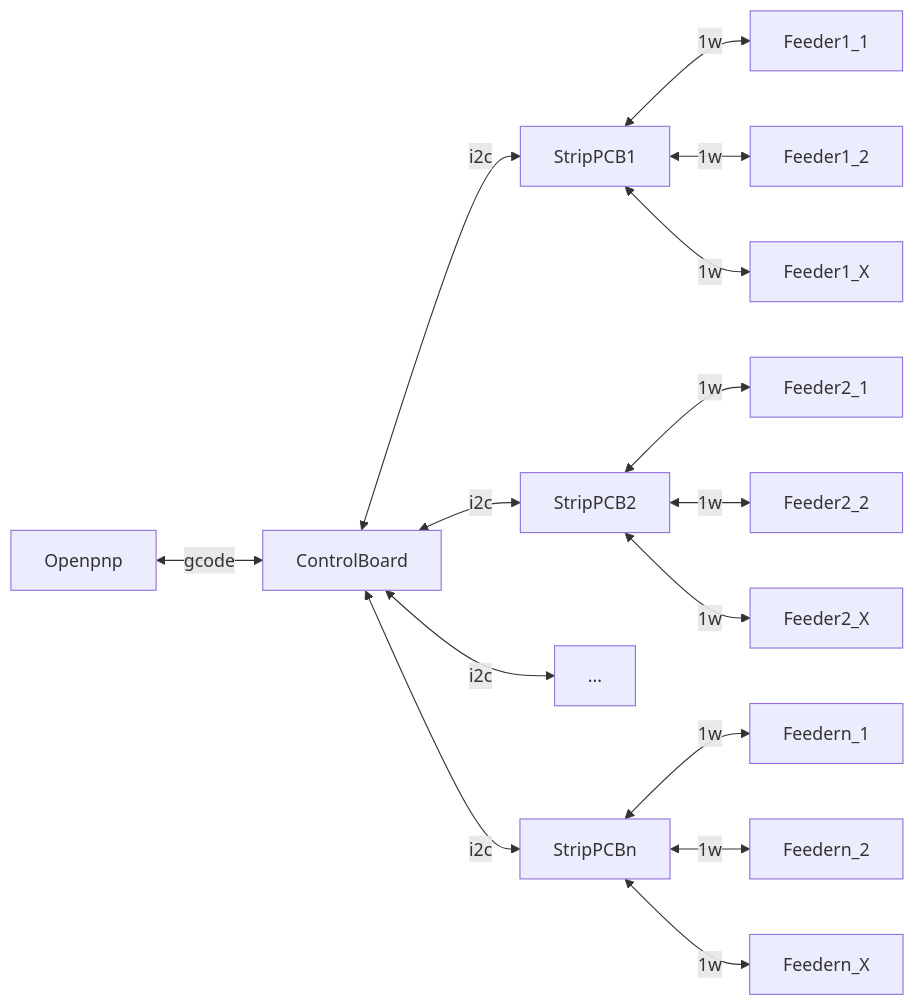
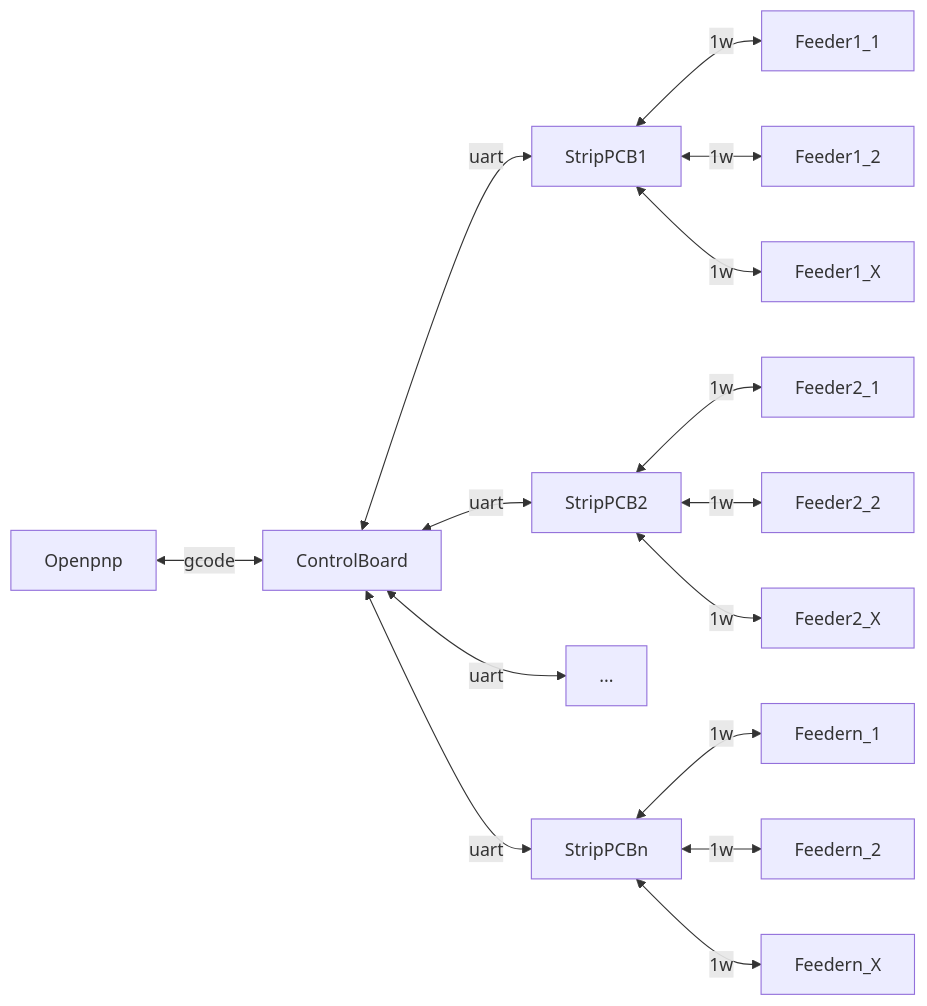
Before and after one commit to xpDIY/3DPlacer: the diagram in doc/openpnp_integration.md, drawn with Mermaid. The commit also changed other lines of this file, not shown here.

First line of the commit message:
Update openpnp_integration.md

````diff
--- a/doc/openpnp_integration.md
+++ b/doc/openpnp_integration.md
@@ -10,19 +10,19 @@
 ```mermaid
 flowchart LR
-Openpnp <--gcode--> ControlBoard <--i2c--> StripPCB1
-ControlBoard<--i2c-->StripPCB2
-ControlBoard<--i2c--> ...
-ControlBoard<--i2c-->StripPCBn
+Openpnp <--gcode--> ControlBoard <--uart--> StripPCB1
+ControlBoard<--uart-->StripPCB2
+ControlBoard<--uart--> ...
+ControlBoard<--uart-->StripPCBn
 StripPCB1<--1w-->Feeder1_1
 StripPCB1<--1w-->Feeder1_2
 StripPCB1<--1w-->Feeder1_X
 
 StripPCB2<--1w-->Feeder2_1
 StripPCB2<--1w-->Feeder2_2
 StripPCB2<--1w-->Feeder2_X
 
 StripPCBn<--1w-->Feedern_1
 StripPCBn<--1w-->Feedern_2
 StripPCBn<--1w-->Feedern_X
 
 ```
````
